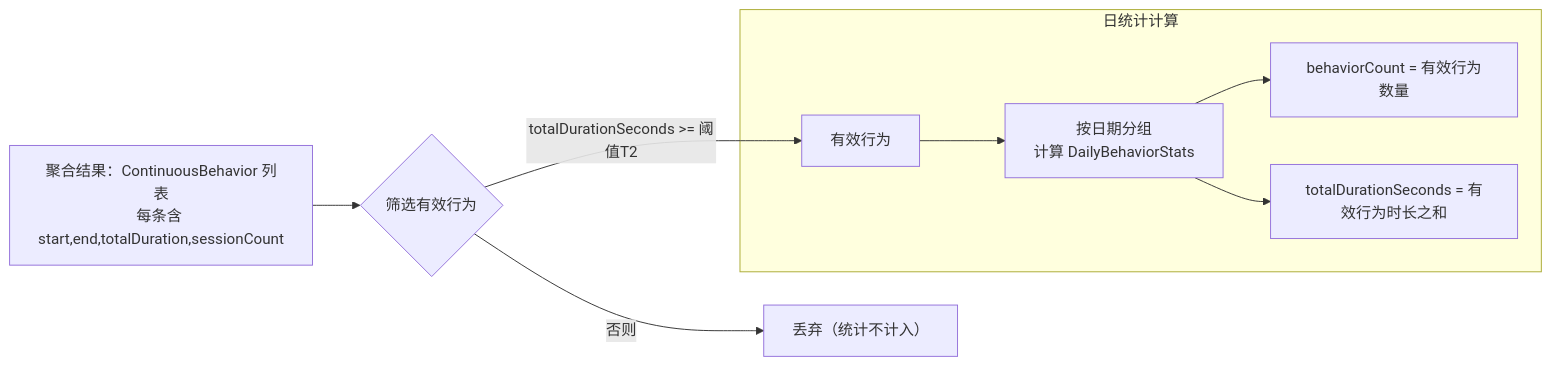
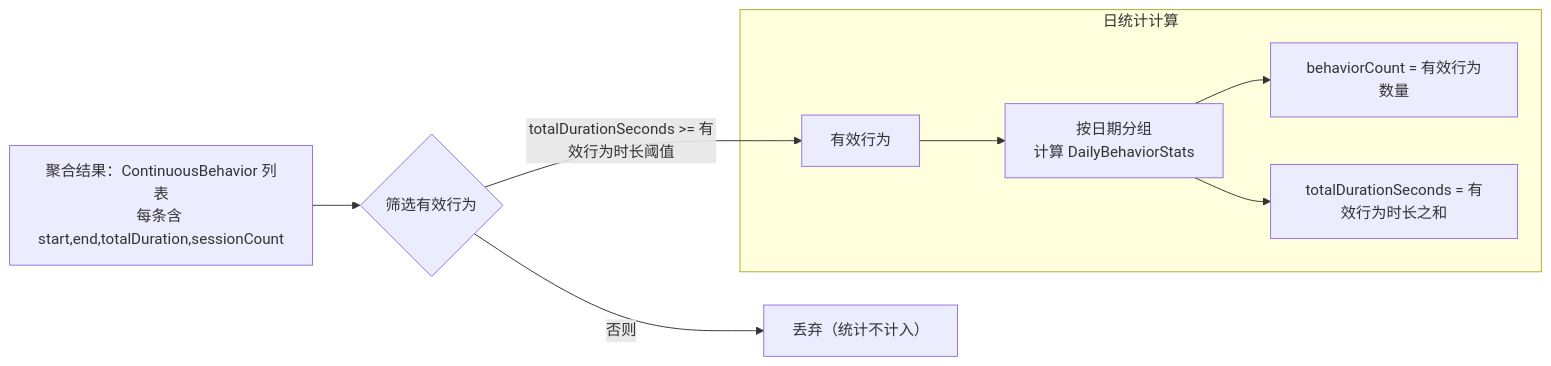
The diagram in README.md (dazo6/milkmilk), drawn with Mermaid before and after one commit. The commit also changed other lines of this file and 3 other files, not shown here.

````diff
--- a/README.md
+++ b/README.md
@@ -17,12 +18,12 @@
 ```mermaid
 flowchart LR
     A[聚合结果：ContinuousBehavior 列表<br/>每条含 start,end,totalDuration,sessionCount] --> B{筛选有效行为}
-    B -->|totalDurationSeconds >= 阈值T2| C[有效行为]
+    B -->|totalDurationSeconds >= 有效行为时长阈值| C[有效行为]
     B -->|否则| D[丢弃（统计不计入）]
 
     subgraph 日统计计算
     C --> E[按日期分组<br/>计算 DailyBehaviorStats]
     E --> F[behaviorCount = 有效行为数量]
     E --> G[totalDurationSeconds = 有效行为时长之和]
     end
 ```
````
